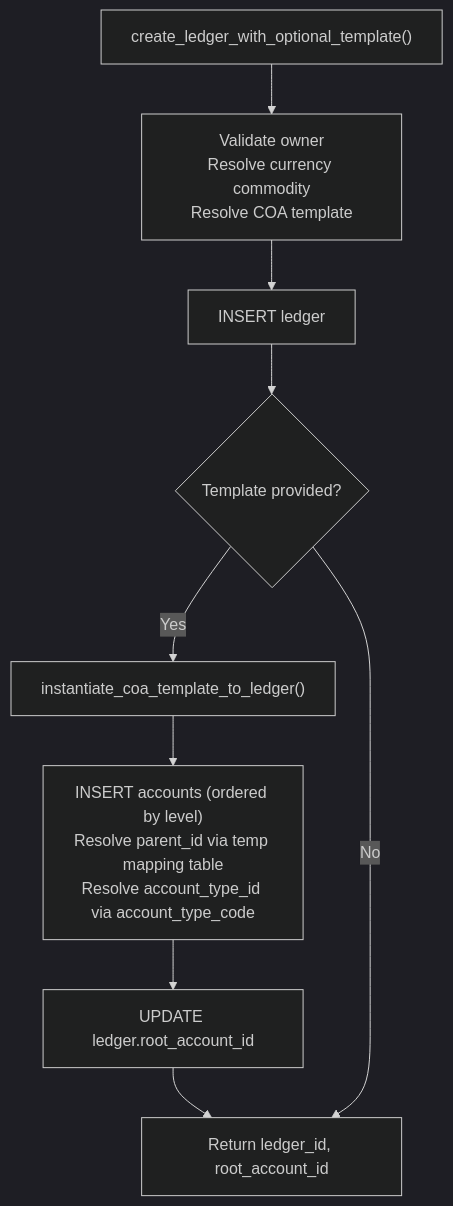
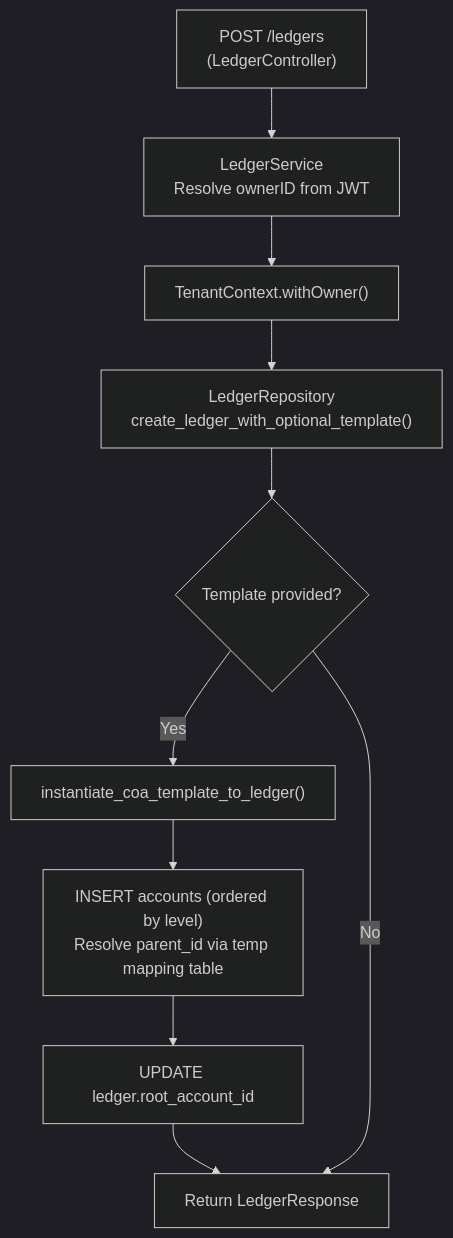
Before and after one commit to leonguevara/MyAccountingBooks_dev: the third of 4 diagrams in Documentation/docs/architecture/Data_Flow.md, drawn with Mermaid (dark theme). The commit also changed other lines of this file and 16 other files, not shown here.

````diff
--- a/Documentation/docs/architecture/Data_Flow.md
+++ b/Documentation/docs/architecture/Data_Flow.md
@@ -78,15 +80,16 @@
-```mermaid
+``` mermaid
 flowchart TD
-  A["create_ledger_with_optional_template()"]
-  B["Validate owner\nResolve currency commodity\nResolve COA template"]
-  C["INSERT ledger"]
-  D{"Template provided?"}
-  E["instantiate_coa_template_to_ledger()"]
-  F["INSERT accounts (ordered by level)\nResolve parent_id via temp mapping table\nResolve account_type_id via account_type_code"]
-  G["UPDATE ledger.root_account_id"]
-  H["Return ledger_id, root_account_id"]
+  A["POST /ledgers\n(LedgerController)"]
+  B["LedgerService\nResolve ownerID from JWT"]
+  C["TenantContext.withOwner()"]
+  D["LedgerRepository\ncreate_ledger_with_optional_template()"]
+  E{"Template provided?"}
+  F["instantiate_coa_template_to_ledger()"]
+  G["INSERT accounts (ordered by level)\nResolve parent_id via temp mapping table"]
+  H["UPDATE ledger.root_account_id"]
+  I["Return LedgerResponse"]
 
-  A --> B --> C --> D
-  D -- Yes --> E --> F --> G --> H
-  D -- No --> H
+  A --> B --> C --> D --> E
+  E -- Yes --> F --> G --> H --> I
+  E -- No --> I
 ```
````
